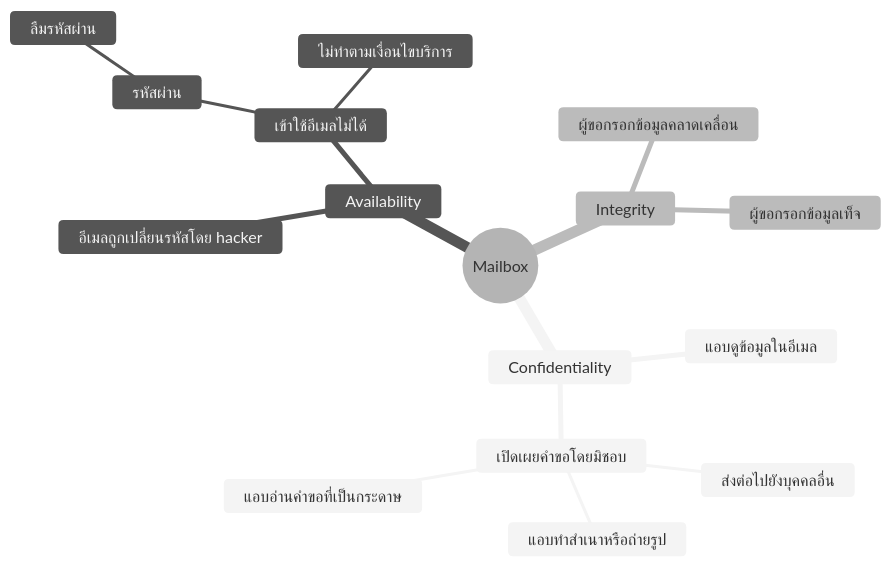
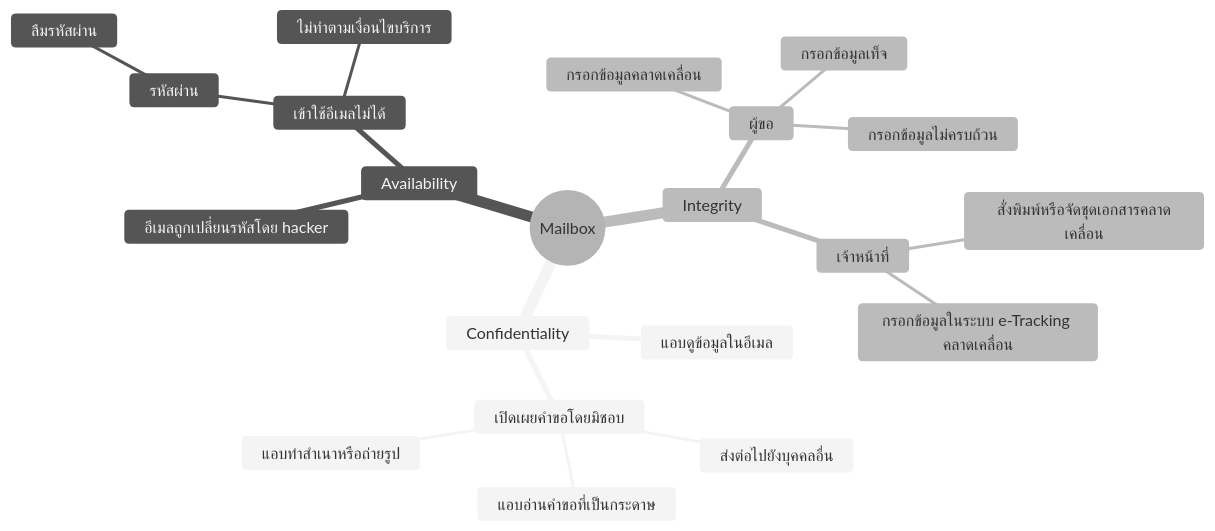
The eighth of 8 diagrams in README.md (Kietpawpan/pdpa), drawn with Mermaid (neutral theme) before and after one commit.

````diff
--- a/README.md
+++ b/README.md
@@ -173,20 +173,25 @@
 ```mermaid
 mindmap
   Data Breach((Mailbox))
     Confidentiality
       แอบดูข้อมูลในอีเมล
       ::icon(fa fa-book)
       เปิดเผยคำขอโดยมิชอบ
         ส่งต่อไปยังบุคคลอื่น
         แอบอ่านคำขอที่เป็นกระดาษ
         แอบทำสำเนาหรือถ่ายรูป
     Availability
       อีเมลถูกเปลี่ยนรหัสโดย hacker
       เข้าใช้อีเมลไม่ได้
         รหัสผ่าน
             ลืมรหัสผ่าน
         ไม่ทำตามเงื่อนไขบริการ
     Integrity
-      ผู้ขอกรอกข้อมูลคลาดเคลื่อน
-      ผู้ขอกรอกข้อมูลเท็จ
+      ผู้ขอ
+         กรอกข้อมูลคลาดเคลื่อน
+         กรอกข้อมูลเท็จ
+         กรอกข้อมูลไม่ครบถ้วน
+      เจ้าหน้าที่
+         สั่งพิมพ์หรือจัดชุดเอกสารคลาดเคลื่อน
+         กรอกข้อมูลในระบบ e-Tracking คลาดเคลื่อน
 ```
````
